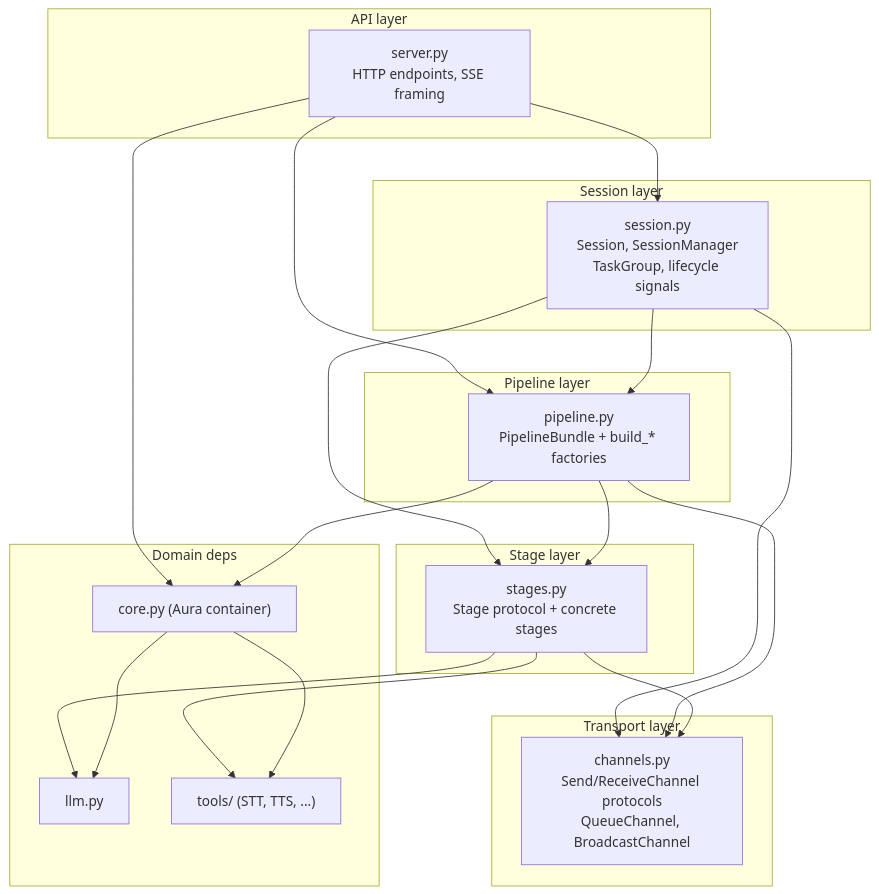
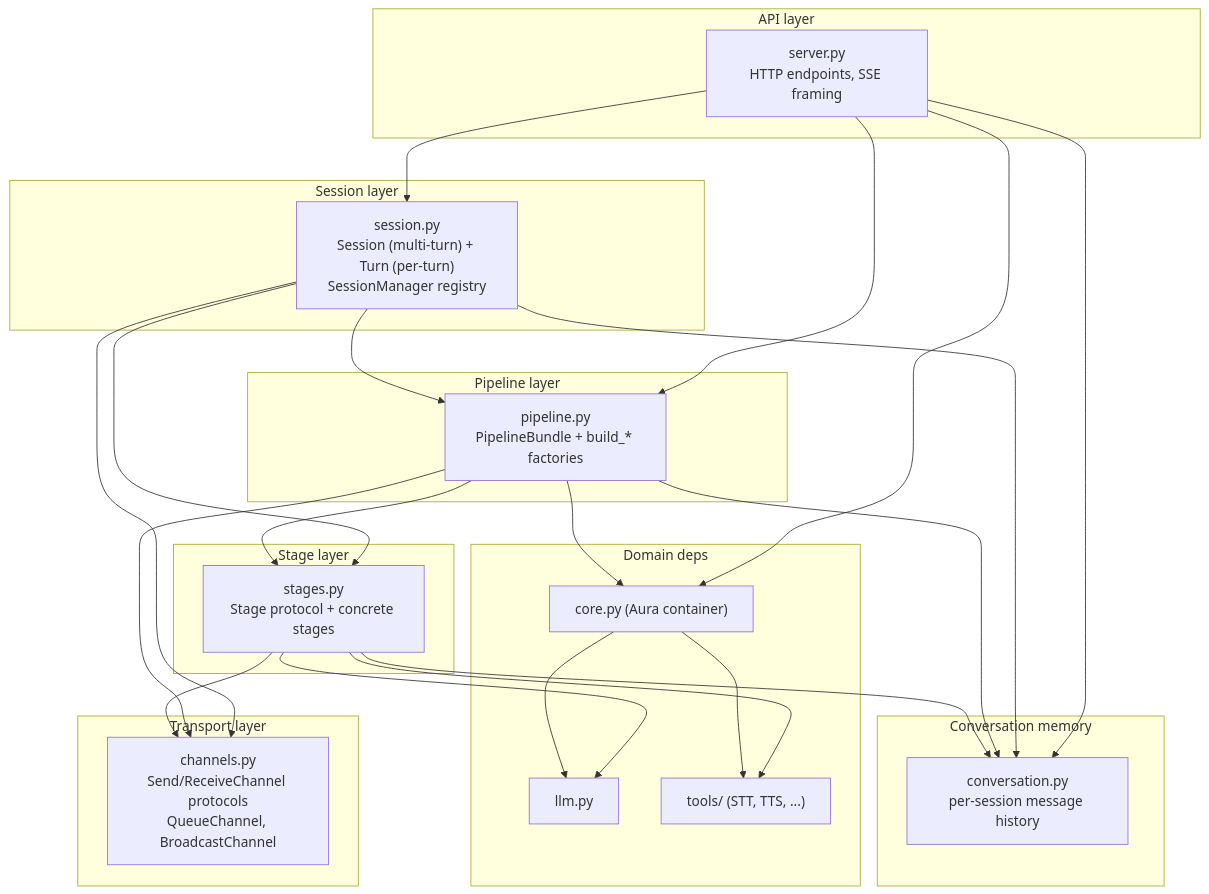
One commit to CyanFlow-Tech/Aura changed the first of 3 diagrams in gateway/README.md. Above: the diagram before and after it, drawn with Mermaid. The commit also changed other lines of this file and 13 other files, not shown here.

Commit message:
implemented mult-turn conversation

````diff
--- a/gateway/README.md
+++ b/gateway/README.md
@@ -12,38 +14,45 @@
 ```mermaid
 flowchart TB
     subgraph API["API layer"]
         server["server.py<br/>HTTP endpoints, SSE framing"]
     end
     subgraph Runtime["Session layer"]
-        session["session.py<br/>Session, SessionManager<br/>TaskGroup, lifecycle signals"]
+        session["session.py<br/>Session (multi-turn) + Turn (per-turn)<br/>SessionManager registry"]
+    end
+    subgraph Memory["Conversation memory"]
+        conv["conversation.py<br/>per-session message history"]
     end
     subgraph Wiring["Pipeline layer"]
         pipeline["pipeline.py<br/>PipelineBundle + build_* factories"]
     end
     subgraph Logic["Stage layer"]
         stages["stages.py<br/>Stage protocol + concrete stages"]
     end
     subgraph Transport["Transport layer"]
         channels["channels.py<br/>Send/ReceiveChannel protocols<br/>QueueChannel, BroadcastChannel"]
     end
     subgraph Deps["Domain deps"]
         core["core.py (Aura container)"]
         llm["llm.py"]
         tools["tools/ (STT, TTS, ...)"]
     end
 
     server --> session
     server --> pipeline
     server --> core
+    server --> conv
     session --> pipeline
     session --> stages
     session --> channels
+    session --> conv
     pipeline --> stages
     pipeline --> channels
     pipeline --> core
+    pipeline --> conv
     stages --> channels
     stages --> llm
     stages --> tools
+    stages --> conv
     core --> llm
     core --> tools
 ```
````
